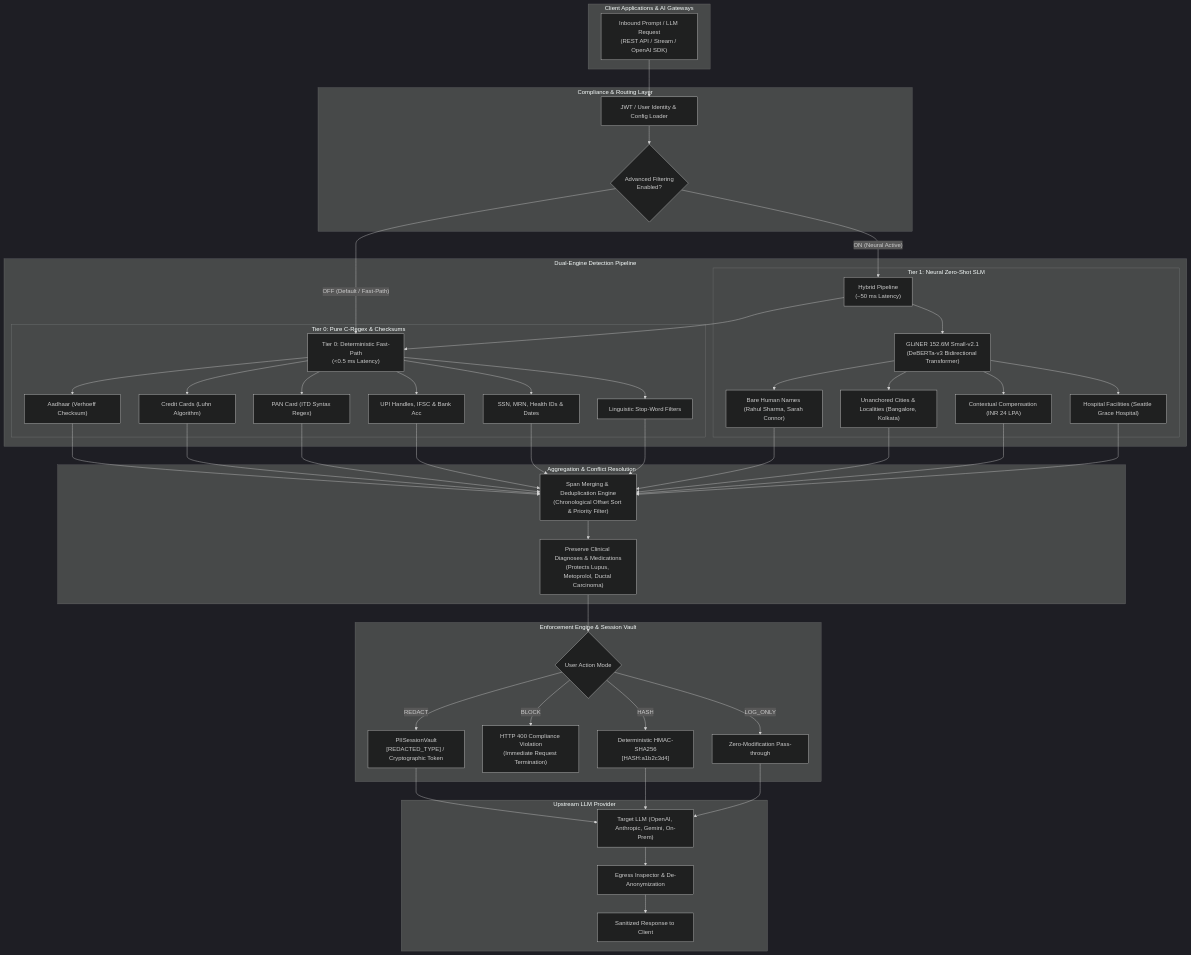
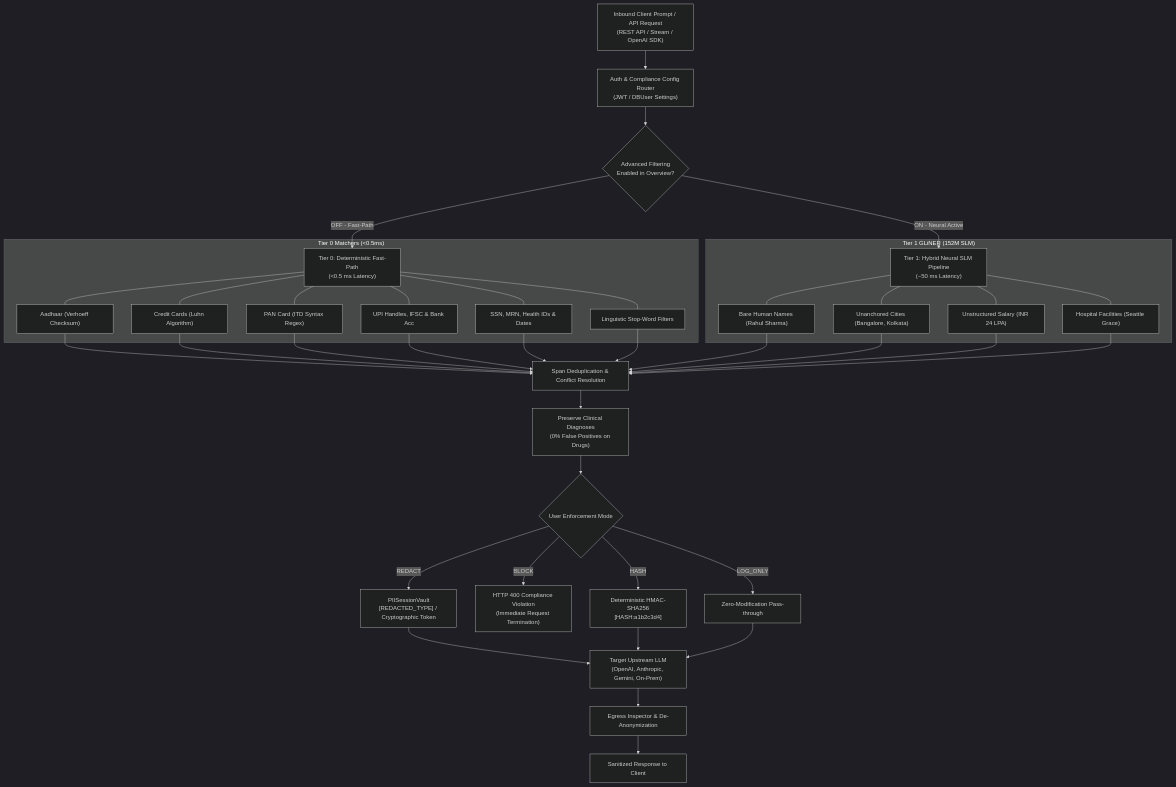
Before and after one commit to bhushanc2003/LLM-Guardrail: the diagram in DOCS/FINAL_SYSTEM_ARCHITECTURE.md, drawn with Mermaid (dark theme). The commit also changed other lines of this file and 1 other file, not shown here.

Commit message:
fix: Embed visual architecture SVG diagram and update Mermaid syntax for clean rendering

````diff
--- a/DOCS/FINAL_SYSTEM_ARCHITECTURE.md
+++ b/DOCS/FINAL_SYSTEM_ARCHITECTURE.md
@@ -12,56 +18,49 @@
 ```mermaid
-flowchart TD
-    subgraph Client["Client Applications & AI Gateways"]
-        Inbound["Inbound Prompt / LLM Request\n(REST API / Stream / OpenAI SDK)"]
+graph TD
+    Inbound["Inbound Client Prompt / API Request\n(REST API / Stream / OpenAI SDK)"] --> Auth["Auth & Compliance Config Router\n(JWT / DBUser Settings)"]
+    Auth --> Toggle{"Advanced Filtering\nEnabled in Overview?"}
+
+    Toggle -->|OFF - Fast-Path| Tier0["Tier 0: Deterministic Fast-Path\n(<0.5 ms Latency)"]
+    Toggle -->|ON - Neural Active| Tier1["Tier 1: Hybrid Neural SLM Pipeline\n(~50 ms Latency)"]
+
+    subgraph FastPath["Tier 0 Matchers (<0.5ms)"]
+        Tier0 --- R1["Aadhaar (Verhoeff Checksum)"]
+        Tier0 --- R2["Credit Cards (Luhn Algorithm)"]
+        Tier0 --- R3["PAN Card (ITD Syntax Regex)"]
+        Tier0 --- R4["UPI Handles, IFSC & Bank Acc"]
+        Tier0 --- R5["SSN, MRN, Health IDs & Dates"]
+        Tier0 --- R6["Linguistic Stop-Word Filters"]
     end
 
-    subgraph Router["Compliance & Routing Layer"]
-        Inbound --> Auth["JWT / User Identity & Config Loader"]
-        Auth --> CheckToggle{"Advanced Filtering\nEnabled?"}
+    subgraph NeuralSLM["Tier 1 GLiNER (152M SLM)"]
+        Tier1 --- N1["Bare Human Names (Rahul Sharma)"]
+        Tier1 --- N2["Unanchored Cities (Bangalore, Kolkata)"]
+        Tier1 --- N3["Unstructured Salary (INR 24 LPA)"]
+        Tier1 --- N4["Hospital Facilities (Seattle Grace)"]
     end
 
-    subgraph Engine["Dual-Engine Detection Pipeline"]
-        CheckToggle -- "OFF (Default / Fast-Path)" --> Tier0["Tier 0: Deterministic Fast-Path\n(<0.5 ms Latency)"]
-        CheckToggle -- "ON (Neural Active)" --> HybridPipeline["Hybrid Pipeline\n(~50 ms Latency)"]
+    R1 --> Dedupe["Span Deduplication & Conflict Resolution"]
+    R2 --> Dedupe
+    R3 --> Dedupe
+    R4 --> Dedupe
+    R5 --> Dedupe
+    R6 --> Dedupe
+    N1 --> Dedupe
+    N2 --> Dedupe
+    N3 --> Dedupe
+    N4 --> Dedupe
 
-        subgraph Tier0Details["Tier 0: Pure C-Regex & Checksums"]
-            Tier0 --> R1["Aadhaar (Verhoeff Checksum)"]
-            Tier0 --> R2["Credit Cards (Luhn Algorithm)"]
-            Tier0 --> R3["PAN Card (ITD Syntax Regex)"]
-            Tier0 --> R4["UPI Handles, IFSC & Bank Acc"]
-            Tier0 --> R5["SSN, MRN, Health IDs & Dates"]
-            Tier0 --> R6["Linguistic Stop-Word Filters"]
-        end
+    Dedupe --> ClinicalFilter["Preserve Clinical Diagnoses\n(0% False Positives on Drugs)"]
+    ClinicalFilter --> Action{"User Enforcement Mode"}
 
-        subgraph NeuralDetails["Tier 1: Neural Zero-Shot SLM"]
-            HybridPipeline --> Tier0
-            HybridPipeline --> GLiNER["GLiNER 152.6M Small-v2.1\n(DeBERTa-v3 Bidirectional Transformer)"]
-            GLiNER --> N1["Bare Human Names (Rahul Sharma, Sarah Connor)"]
-            GLiNER --> N2["Unanchored Cities & Localities (Bangalore, Kolkata)"]
-            GLiNER --> N3["Contextual Compensation (INR 24 LPA)"]
-            GLiNER --> N4["Hospital Facilities (Seattle Grace Hospital)"]
-        end
-    end
+    Action -->|REDACT| Mask["PIISessionVault\n[REDACTED_TYPE] / Cryptographic Token"]
+    Action -->|BLOCK| Reject["HTTP 400 Compliance Violation\n(Immediate Request Termination)"]
+    Action -->|HASH| HMac["Deterministic HMAC-SHA256\n[HASH:a1b2c3d4]"]
+    Action -->|LOG_ONLY| AuditOnly["Zero-Modification Pass-through"]
 
-    subgraph Deduplication["Aggregation & Conflict Resolution"]
-        R1 & R2 & R3 & R4 & R5 & R6 --> Dedupe["Span Merging & Deduplication Engine\n(Chronological Offset Sort & Priority Filter)"]
-        N1 & N2 & N3 & N4 --> Dedupe
-        Dedupe --> ClinicalFilter["Preserve Clinical Diagnoses & Medications\n(Protects Lupus, Metoprolol, Ductal Carcinoma)"]
-    end
-
-    subgraph Enforcement["Enforcement Engine & Session Vault"]
-        ClinicalFilter --> Action{"User Action Mode"}
-        Action -- "REDACT" --> Mask["PIISessionVault\n[REDACTED_TYPE] / Cryptographic Token"]
-        Action -- "BLOCK" --> Reject["HTTP 400 Compliance Violation\n(Immediate Request Termination)"]
-        Action -- "HASH" --> HMac["Deterministic HMAC-SHA256\n[HASH:a1b2c3d4]"]
-        Action -- "LOG_ONLY" --> AuditOnly["Zero-Modification Pass-through"]
-    end
-
-    subgraph Upstream["Upstream LLM Provider"]
-        Mask --> LLM["Target LLM (OpenAI, Anthropic, Gemini, On-Prem)"]
-        HMac --> LLM
-        AuditOnly --> LLM
-        LLM --> Egress["Egress Inspector & De-Anonymization"]
-        Egress --> ClientResponse["Sanitized Response to Client"]
-    end
+    Mask --> LLM["Target Upstream LLM\n(OpenAI, Anthropic, Gemini, On-Prem)"]
+    HMac --> LLM
+    AuditOnly --> LLM
+    LLM --> Egress["Egress Inspector & De-Anonymization"]
+    Egress --> ClientResponse["Sanitized Response to Client"]
 ```
````
